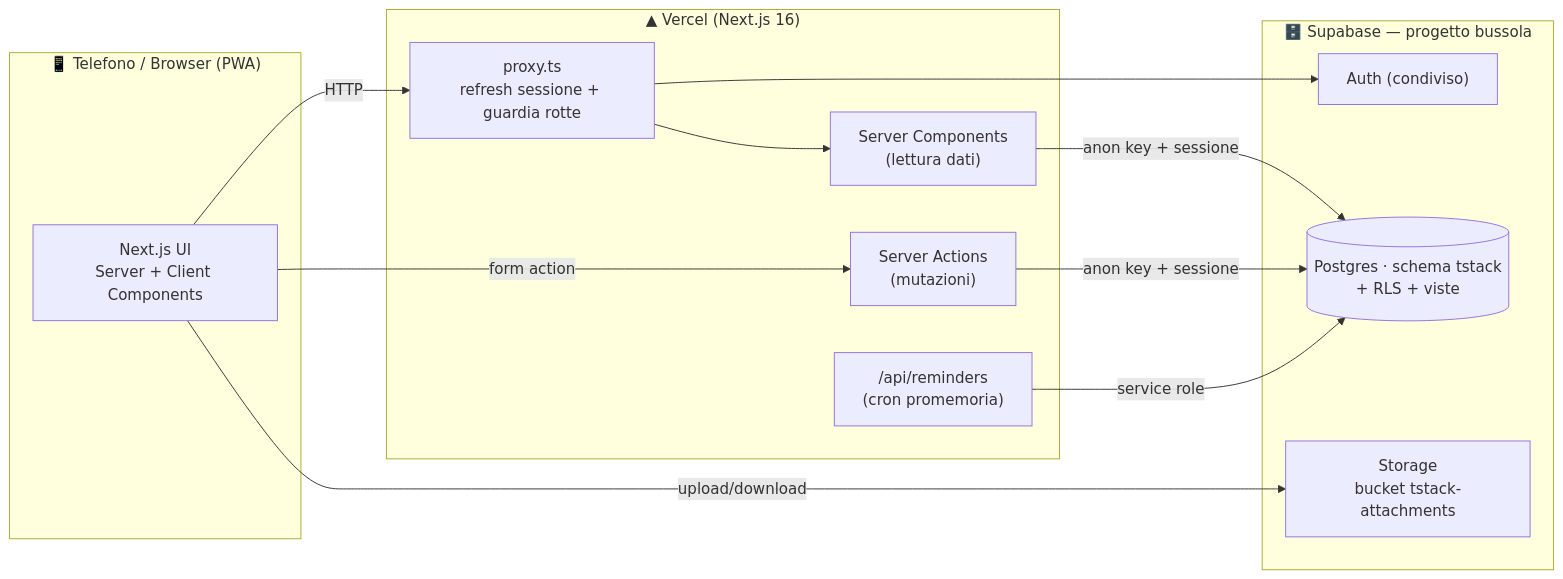
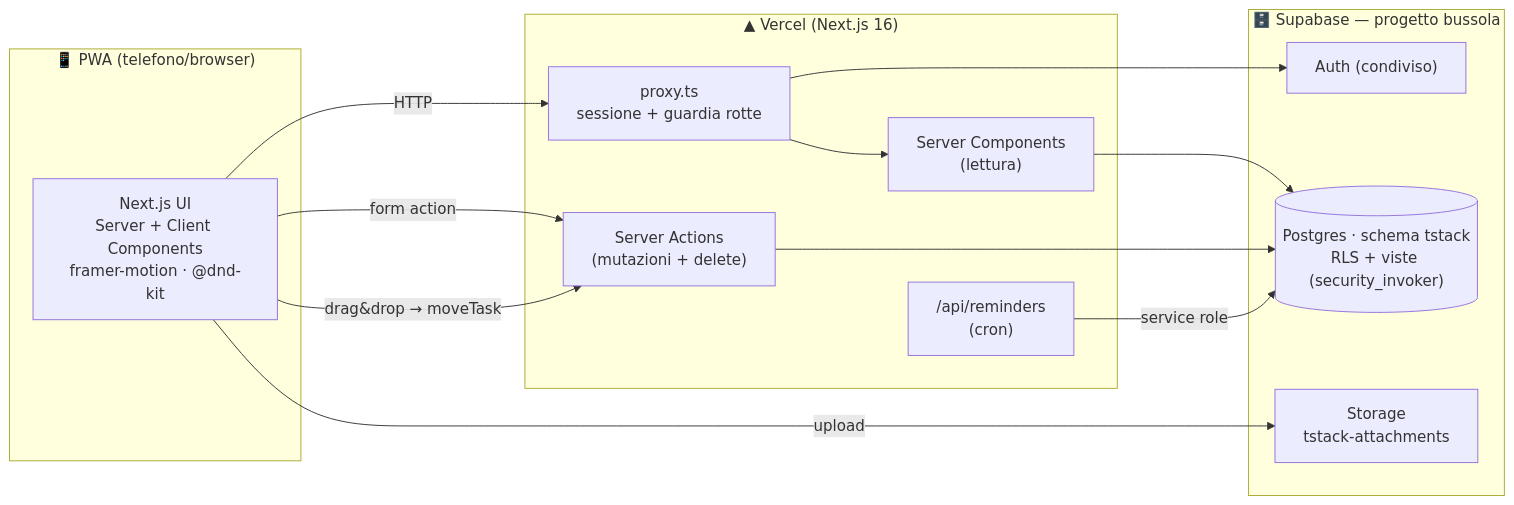
The first of 5 diagrams in docs/CODE_GRAPH.md (tramitemarketing/TramiteStack), drawn with Mermaid before and after one commit. The commit also changed other lines of this file and 46 other files, not shown here.

````diff
--- a/docs/CODE_GRAPH.md
+++ b/docs/CODE_GRAPH.md
@@ -8,28 +7,23 @@
 ```mermaid
 flowchart LR
-  subgraph Device["📱 Telefono / Browser (PWA)"]
-    UI["Next.js UI<br/>Server + Client Components"]
+  subgraph Device["📱 PWA (telefono/browser)"]
+    UI["Next.js UI<br/>Server + Client Components<br/>framer-motion · @dnd-kit"]
   end
-
   subgraph Vercel["▲ Vercel (Next.js 16)"]
-    Proxy["proxy.ts<br/>refresh sessione + guardia rotte"]
-    RSC["Server Components<br/>(lettura dati)"]
-    SA["Server Actions<br/>(mutazioni)"]
-    API["/api/reminders<br/>(cron promemoria)"]
+    Proxy["proxy.ts<br/>sessione + guardia rotte"]
+    RSC["Server Components<br/>(lettura)"]
+    SA["Server Actions<br/>(mutazioni + delete)"]
+    API["/api/reminders<br/>(cron)"]
   end
-
   subgraph Supabase["🗄️ Supabase — progetto bussola"]
     Auth["Auth (condiviso)"]
-    DB[("Postgres · schema tstack<br/>+ RLS + viste")]
-    Storage["Storage<br/>bucket tstack-attachments"]
+    DB[("Postgres · schema tstack<br/>RLS + viste (security_invoker)")]
+    Storage["Storage<br/>tstack-attachments"]
   end
-
-  UI -->|HTTP| Proxy
-  Proxy --> RSC
-  UI -->|form action| SA
-  RSC -->|anon key + sessione| DB
-  SA -->|anon key + sessione| DB
+  UI -->|HTTP| Proxy --> RSC --> DB
+  UI -->|form action| SA --> DB
+  UI -->|drag&drop → moveTask| SA
   Proxy --> Auth
-  UI -->|upload/download| Storage
+  UI -->|upload| Storage
   API -->|service role| DB
 ```
````
